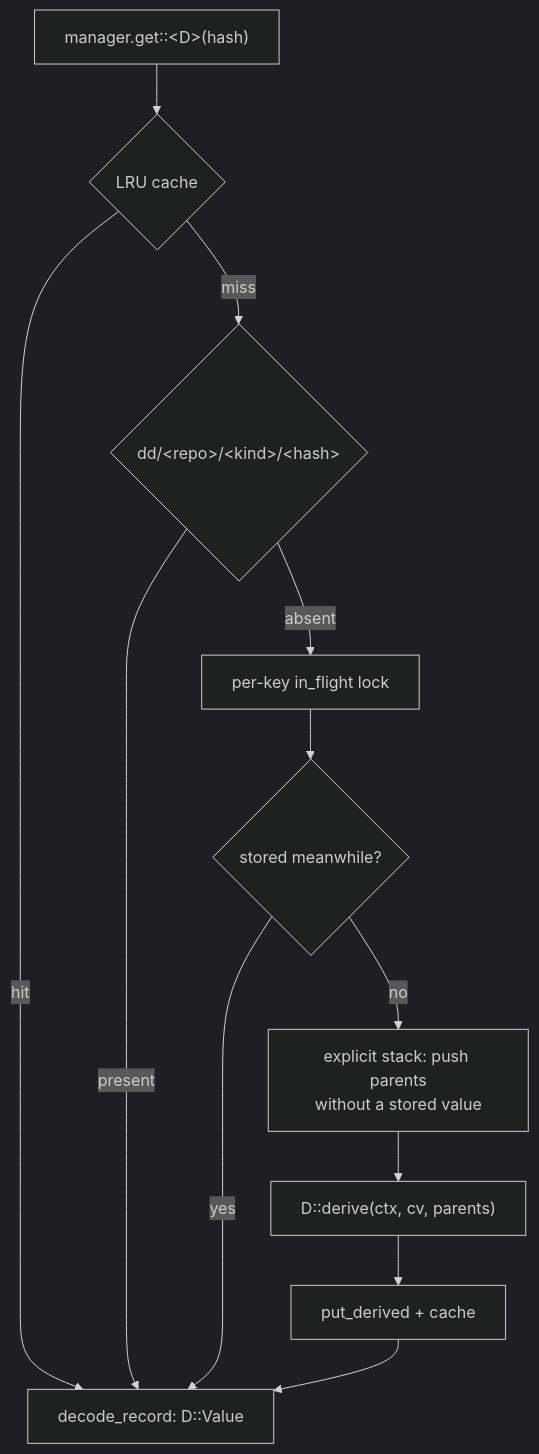
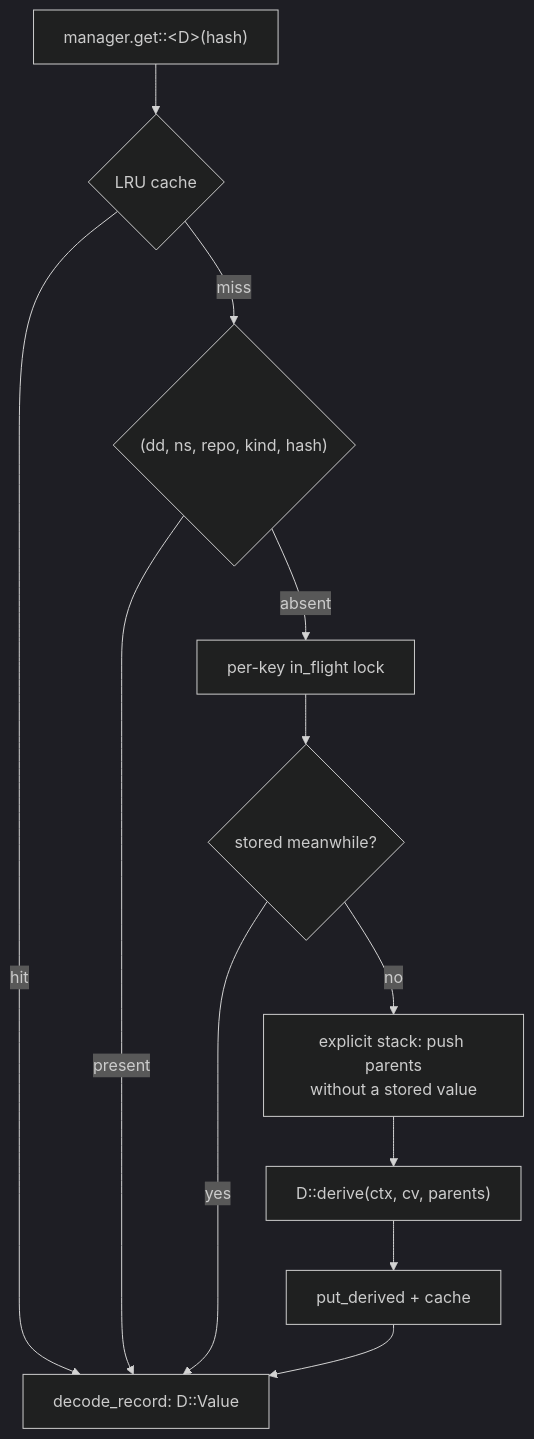
One commit to envoy1084/rill changed the diagram in architecture/02-data/derived-data.md. Above: the diagram before and after it, drawn with Mermaid (dark theme). The commit also changed other lines of this file and 7 other files, not shown here.

````diff
--- a/architecture/02-data/derived-data.md
+++ b/architecture/02-data/derived-data.md
@@ -10,13 +12,13 @@
 ```mermaid
 flowchart TD
     REQ["manager.get::&lt;D&gt;(hash)"] --> CACHE{"LRU cache"}
     CACHE -- hit --> OUT["decode_record: D::Value"]
-    CACHE -- miss --> DD{"dd/&lt;repo&gt;/&lt;kind&gt;/&lt;hash&gt;"}
+    CACHE -- miss --> DD{"(dd, ns, repo, kind, hash)"}
     DD -- present --> OUT
     DD -- absent --> LOCK["per-key in_flight lock"]
     LOCK --> RELOAD{"stored meanwhile?"}
     RELOAD -- yes --> OUT
     RELOAD -- no --> STACK["explicit stack: push parents<br/>without a stored value"]
     STACK --> DERIVE["D::derive(ctx, cv, parents)"]
     DERIVE --> STORE["put_derived + cache"] --> OUT
 ```
````
